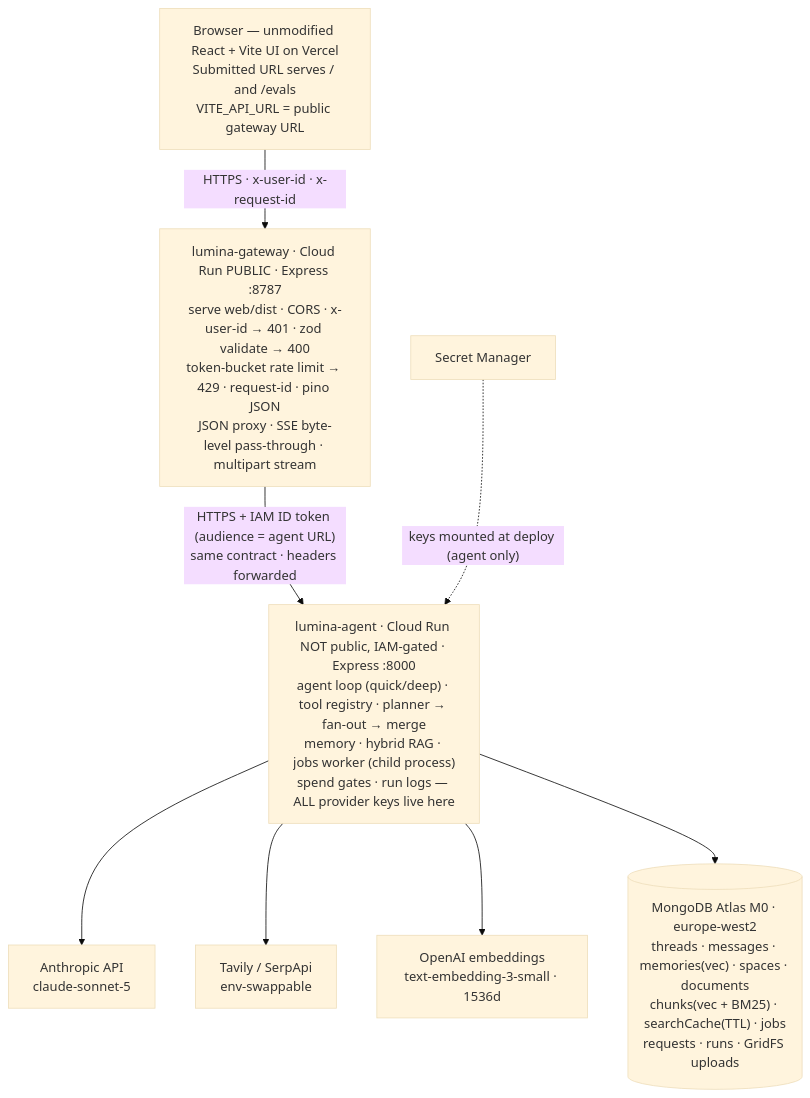
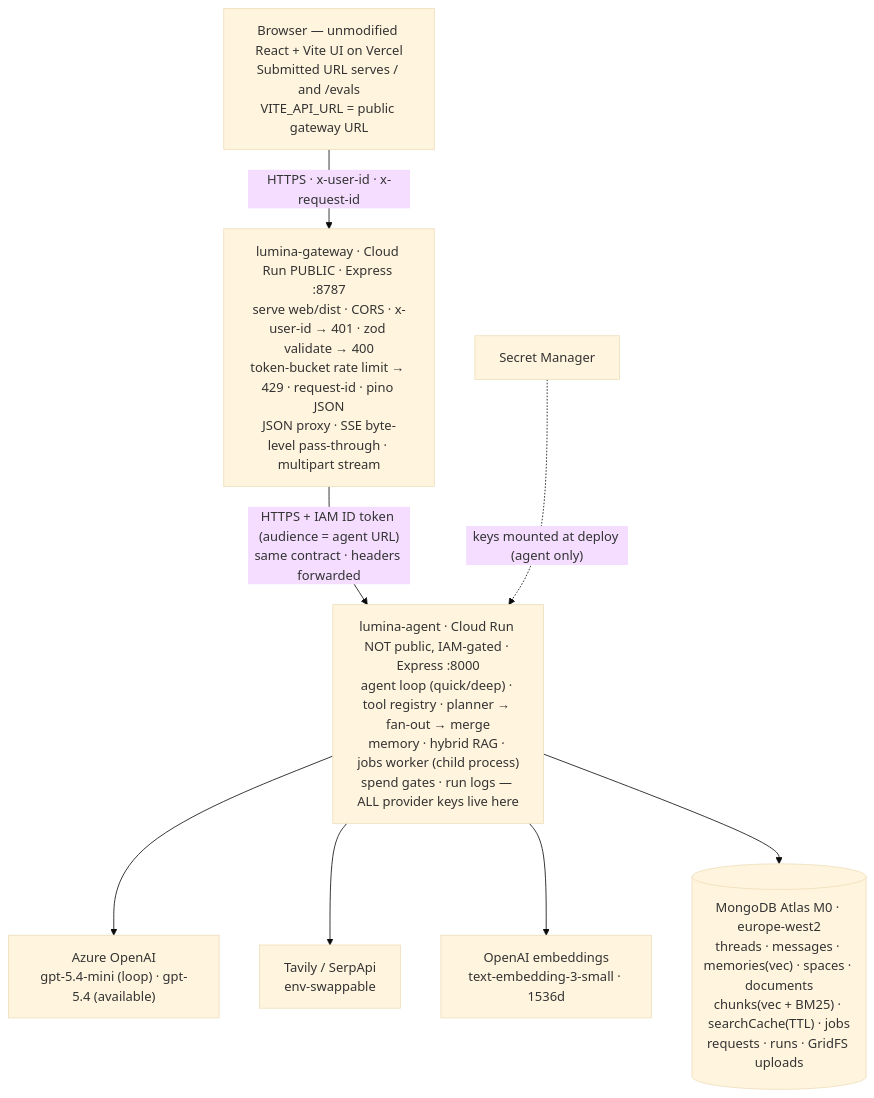
Before and after one commit to Bhardwaj-Saurabh/LUMINA: the first of 9 diagrams in ARCHITECTURE.md, drawn with Mermaid (base theme). The commit also changed other lines of this file and 2 other files, not shown here.

Commit message:
Switch LLM to Azure OpenAI (gpt-5.4 deployments, embeddings at dimensions:1536); update architecture, rules, and M1 blockers

````diff
--- a/ARCHITECTURE.md
+++ b/ARCHITECTURE.md
@@ -28,22 +28,22 @@
 ```mermaid
 flowchart TB
    B["Browser — unmodified React + Vite UI on Vercel<br/>Submitted URL serves / and /evals<br/>VITE_API_URL = public gateway URL"]
 
     GW["lumina-gateway · Cloud Run PUBLIC · Express :8787<br/>serve web/dist · CORS · x-user-id → 401 · zod validate → 400<br/>token-bucket rate limit → 429 · request-id · pino JSON<br/>JSON proxy · SSE byte-level pass-through · multipart stream"]
 
     AG["lumina-agent · Cloud Run NOT public, IAM-gated · Express :8000<br/>agent loop (quick/deep) · tool registry · planner → fan-out → merge<br/>memory · hybrid RAG · jobs worker (child process)<br/>spend gates · run logs — ALL provider keys live here"]
 
-    LLM["Anthropic API<br/>claude-sonnet-5"]
+    LLM["Azure OpenAI<br/>gpt-5.4-mini (loop) · gpt-5.4 (available)"]
     SRCH["Tavily / SerpApi<br/>env-swappable"]
     EMB["OpenAI embeddings<br/>text-embedding-3-small · 1536d"]
     DB[("MongoDB Atlas M0 · europe-west2<br/>threads · messages · memories(vec) · spaces · documents<br/>chunks(vec + BM25) · searchCache(TTL) · jobs<br/>requests · runs · GridFS uploads")]
     SM["Secret Manager"]
 
     B -- "HTTPS · x-user-id · x-request-id" --> GW
     GW -- "HTTPS + IAM ID token (audience = agent URL)<br/>same contract · headers forwarded" --> AG
     AG --> LLM
     AG --> SRCH
     AG --> EMB
     AG --> DB
     SM -. "keys mounted at deploy (agent only)" .-> AG
 ```
````
